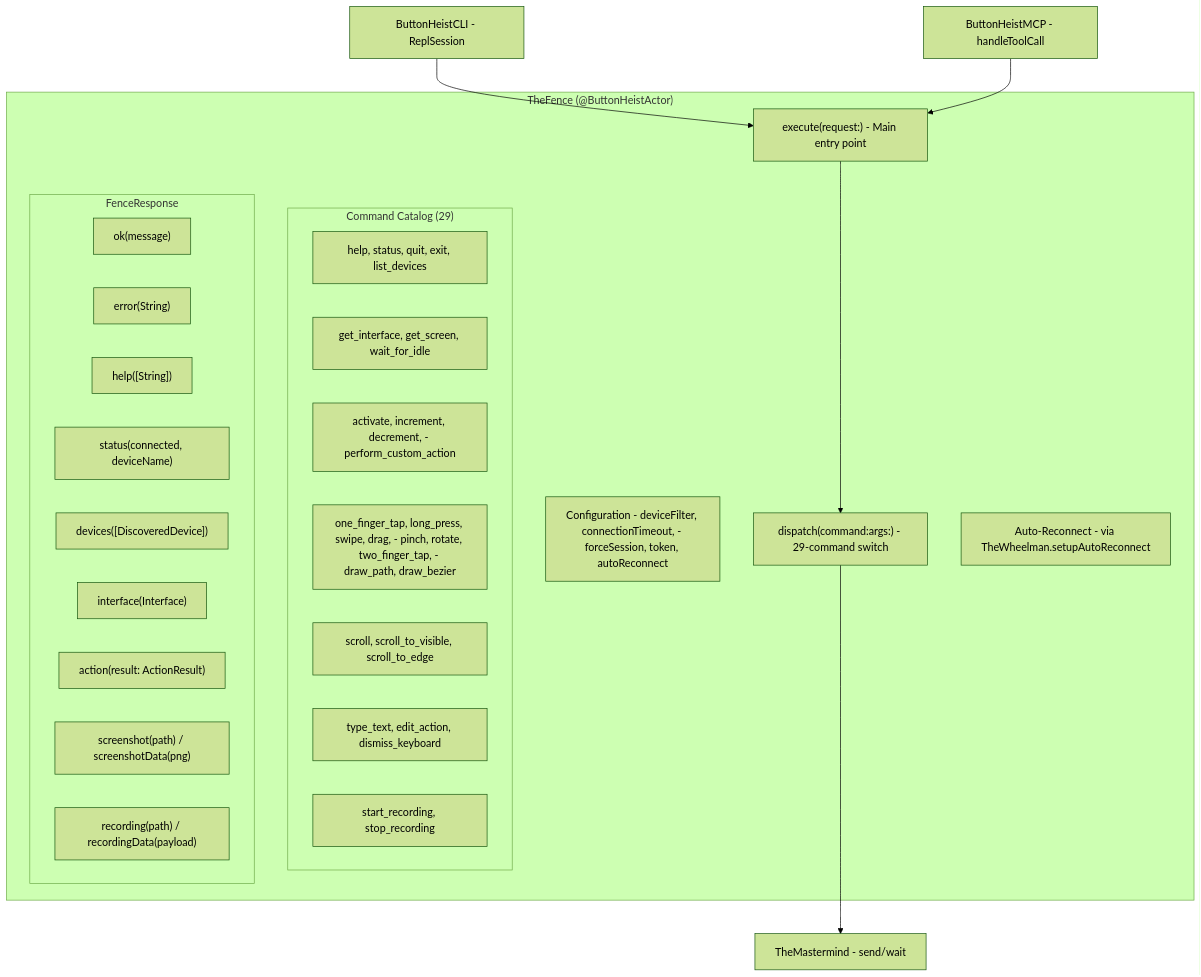
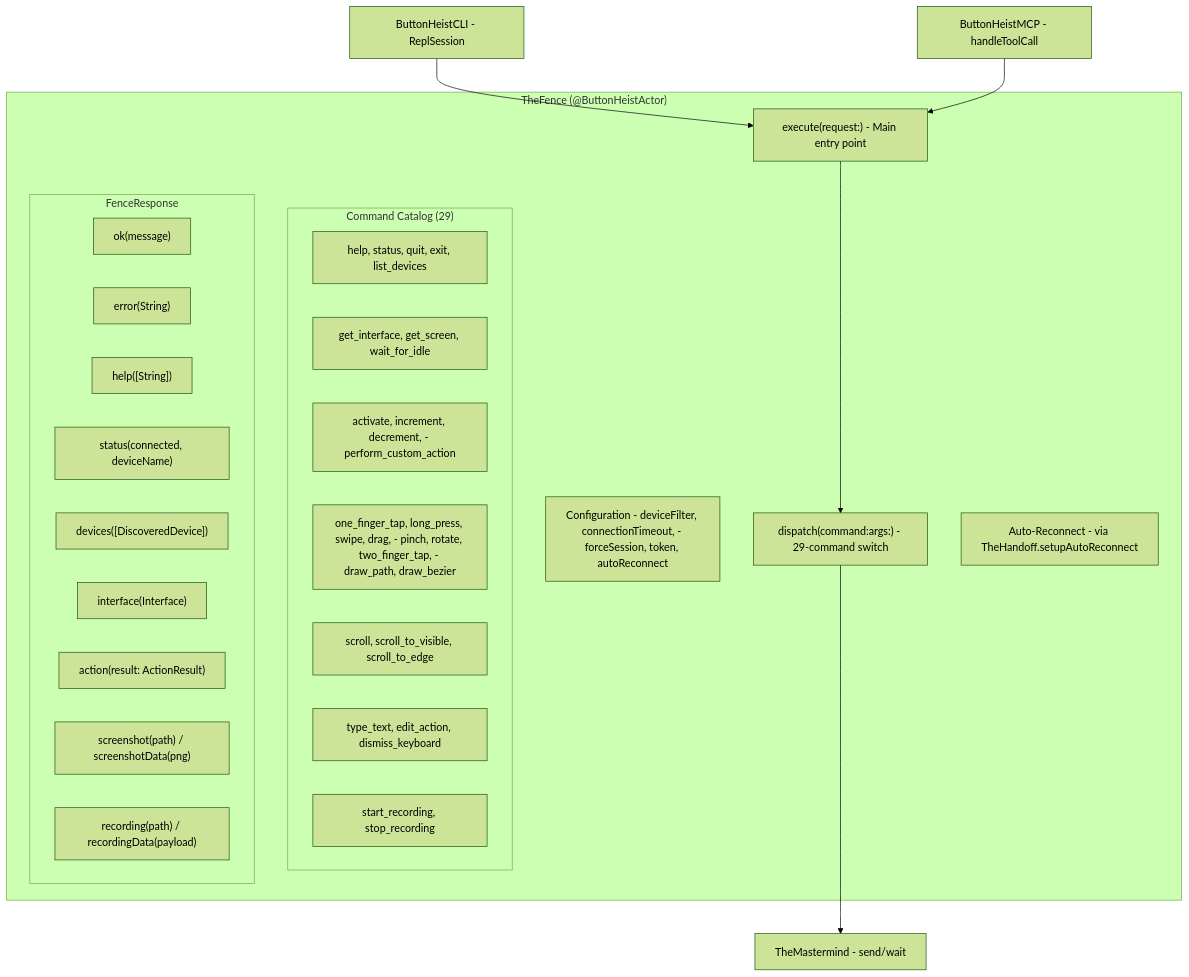
The first of 3 diagrams in docs/dossiers/10-THEFENCE.md (RoyalPineapple/TheButtonHeist), drawn with Mermaid (forest theme) before and after one commit. The commit also changed other lines of this file and 6 other files, not shown here.

First line of the commit message:
Update CLAUDE.md and dossiers for TheWheelman → TheGetaway/TheHandoff split

````diff
--- a/docs/dossiers/10-THEFENCE.md
+++ b/docs/dossiers/10-THEFENCE.md
@@ -20,36 +20,36 @@
 ```mermaid
 graph TD
     subgraph TheFence["TheFence (@ButtonHeistActor)"]
         Config["Configuration - deviceFilter, connectionTimeout, - forceSession, token, autoReconnect"]
         Execute["execute(request:) - Main entry point"]
         Dispatch["dispatch(command:args:) - 29-command switch"]
-        Reconnect["Auto-Reconnect - via TheWheelman.setupAutoReconnect"]
+        Reconnect["Auto-Reconnect - via TheHandoff.setupAutoReconnect"]
 
         subgraph Commands["Command Catalog (29)"]
             Conn["help, status, quit, exit, list_devices"]
             IF["get_interface, get_screen, wait_for_idle"]
             Access["activate, increment, decrement, - perform_custom_action"]
             Gesture["one_finger_tap, long_press, swipe, drag, - pinch, rotate, two_finger_tap, - draw_path, draw_bezier"]
             Scroll["scroll, scroll_to_visible, scroll_to_edge"]
             Text["type_text, edit_action, dismiss_keyboard"]
             Rec["start_recording, stop_recording"]
         end
 
         subgraph Response["FenceResponse"]
             Ok["ok(message)"]
             Err["error(String)"]
             Help["help([String])"]
             Status["status(connected, deviceName)"]
             DevList["devices([DiscoveredDevice])"]
             IFResp["interface(Interface)"]
             Action["action(result: ActionResult)"]
             Screenshot["screenshot(path) / screenshotData(png)"]
             Recording["recording(path) / recordingData(payload)"]
         end
     end
 
     CLI["ButtonHeistCLI - ReplSession"] --> Execute
     MCP["ButtonHeistMCP - handleToolCall"] --> Execute
     Execute --> Dispatch
     Dispatch --> Client["TheMastermind - send/wait"]
 ```
````
